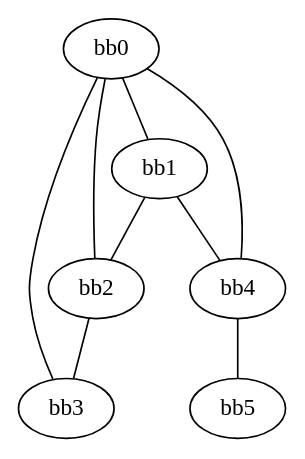
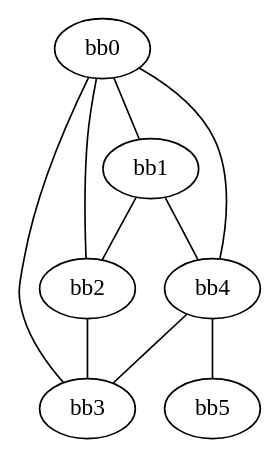
The diagram in lab_creation_script/rip_lab.dot (frochet/jobUCL2013), drawn with Graphviz before and after one commit. The commit also changed 5 other files, not shown here.

```diff
--- a/lab_creation_script/rip_lab.dot
+++ b/lab_creation_script/rip_lab.dot
@@ -1,19 +1,13 @@
 graph g{
 
- bb0 -- bb1 
- bb0 -- bb2 
- bb0 -- bb3 
- bb0 -- bb4 
- bb1 -- bb2
- bb1 -- bb4
- bb2 -- bb3
- bb4 -- bb5
-
- bb0 [zone="A"];
- bb1 [zone="A"];
- bb2 [zone="A"];
- bb0 [zone="C"];
- bb4 [zone="C"];
- bb3 [zone="C"];
+ bb0 -- bb1 [zone="A"] 
+ bb0 -- bb2 [zone="A"]
+ bb0 -- bb3 [zone="C"]
+ bb0 -- bb4 [zone="C"]
+ bb4 -- bb3 [zone="C"]
+ bb1 -- bb2 [zone="A"]
+ bb1 -- bb4 [zone="D"]
+ bb2 -- bb3 [zone="B"]
+ bb4 -- bb5 [zone="E"]
 
 }
```
